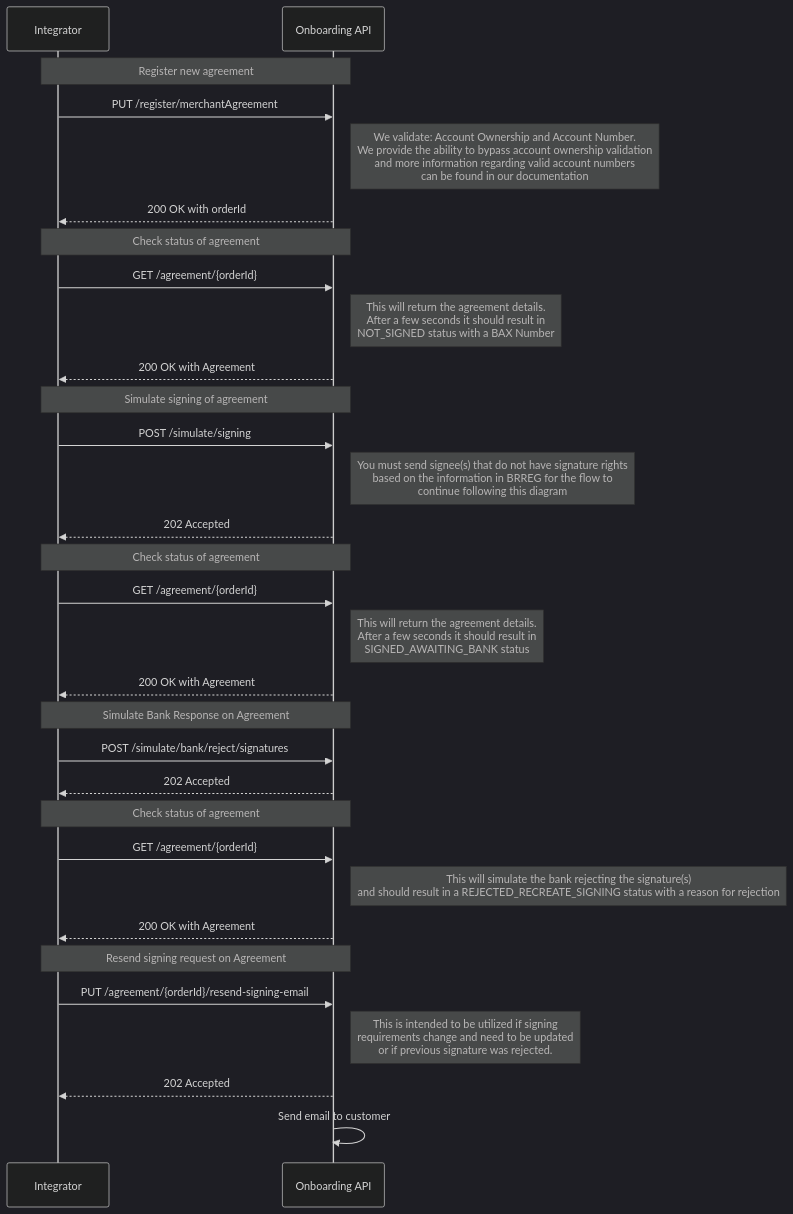
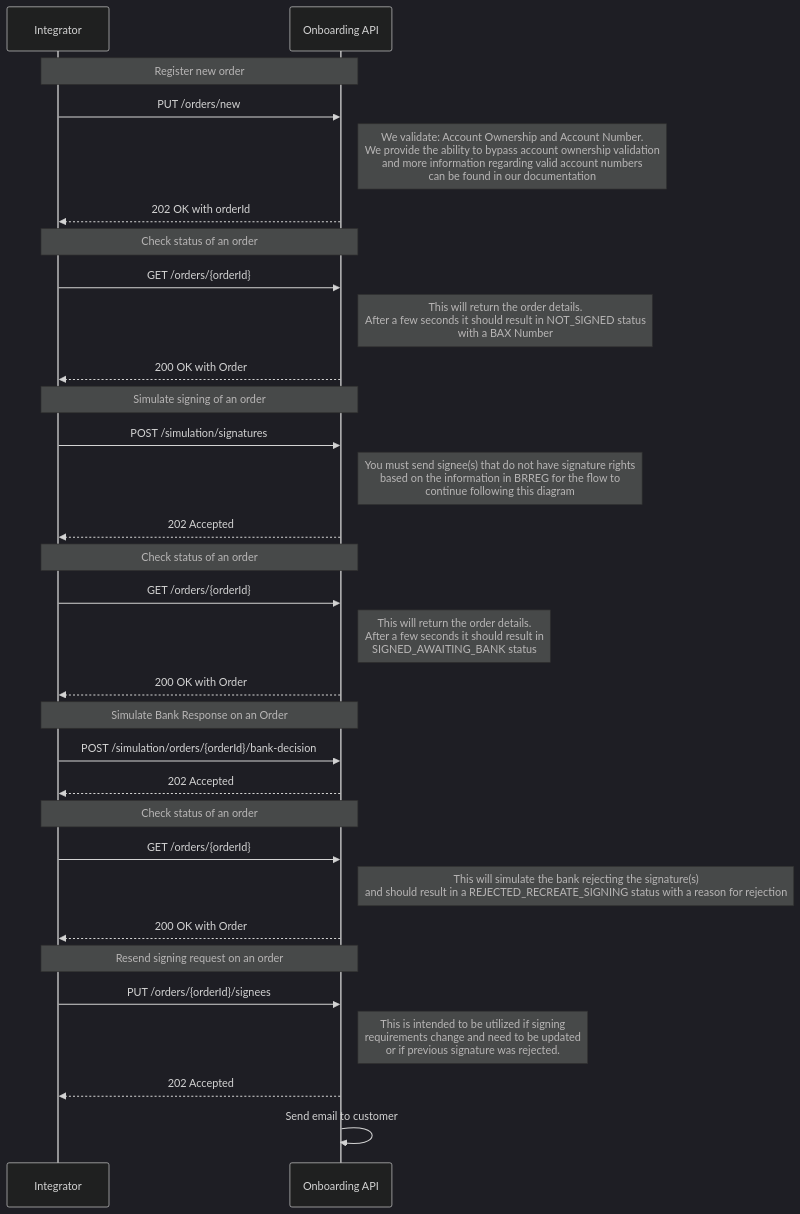
One commit to BankAxept/bankaxept-onboarding-external-documentation changed the third of 3 diagrams in docs/test_flows.md. Above: the diagram before and after it, drawn with Mermaid (dark theme). The commit also changed other lines of this file and 3 other files, not shown here.

````diff
--- a/docs/test_flows.md
+++ b/docs/test_flows.md
@@ -70,41 +70,41 @@
 ```mermaid
 sequenceDiagram
 participant I as Integrator
 participant O as Onboarding API
 
-note over I, O: Register new agreement
-I ->> O: PUT /register/merchantAgreement
+note over I, O: Register new order
+I ->> O: PUT /orders/new
 note right of O: We validate: Account Ownership and Account Number. <br/> We provide the ability to bypass account ownership validation <br/> and more information regarding valid account numbers <br/> can be found in our documentation
-O -->> I: 200 OK with orderId
+O -->> I: 202 OK with orderId
 
-note over I, O: Check status of agreement
-I ->> O: GET /agreement/{orderId}
-note right of O: This will return the agreement details. <br/> After a few seconds it should result in <br/> NOT_SIGNED status with a BAX Number
-O -->> I: 200 OK with Agreement
+note over I, O: Check status of an order
+I ->> O : GET /orders/{orderId}
+note right of O: This will return the order details. <br/> After a few seconds it should result in NOT_SIGNED status <br/> with a BAX Number
+O -->> I: 200 OK with Order
 
-note over I, O: Simulate signing of agreement
-I ->> O: POST /simulate/signing
+note over I, O: Simulate signing of an order
+I ->> O: POST /simulation/signatures
 note right of O: You must send signee(s) that do not have signature rights <br/> based on the information in BRREG for the flow to <br/> continue following this diagram
 O -->> I: 202 Accepted
 
-note over I, O: Check status of agreement
-I ->> O: GET /agreement/{orderId}
-note right of O: This will return the agreement details. <br/> After a few seconds it should result in <br/> SIGNED_AWAITING_BANK status
-O -->> I: 200 OK with Agreement
+note over I, O: Check status of an order
+I ->> O : GET /orders/{orderId}
+note right of O: This will return the order details. <br/> After a few seconds it should result in <br/> SIGNED_AWAITING_BANK status
+O -->> I: 200 OK with Order
 
-note over I, O: Simulate Bank Response on Agreement
-I ->> O: POST /simulate/bank/reject/signatures
+note over I, O: Simulate Bank Response on an Order
+I ->> O: POST /simulation/orders/{orderId}/bank-decision
 O -->> I: 202 Accepted
 
-note over I, O: Check status of agreement
-I ->> O: GET /agreement/{orderId}
+note over I, O: Check status of an order
+I ->> O : GET /orders/{orderId}
 note right of O: This will simulate the bank rejecting the signature(s) <br/> and should result in a REJECTED_RECREATE_SIGNING status with a reason for rejection
-O -->> I: 200 OK with Agreement
+O -->> I: 200 OK with Order
 
-note over I, O: Resend signing request on Agreement
-I ->> O: PUT /agreement/{orderId}/resend-signing-email
+note over I, O: Resend signing request on an order
+I ->> O: PUT /orders/{orderId}/signees
 note right of O: This is intended to be utilized if signing <br/> requirements change and need to be updated <br/> or if previous signature was rejected.
 
 O -->> I: 202 Accepted
 O ->> O: Send email to customer
 ```
````
